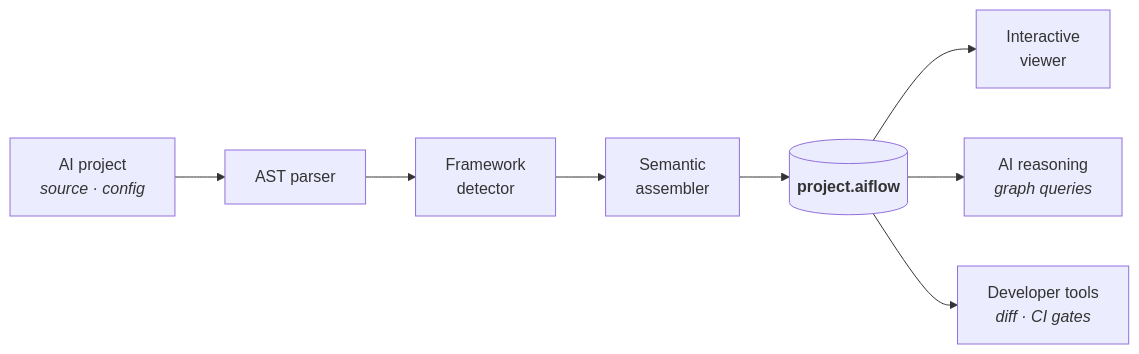
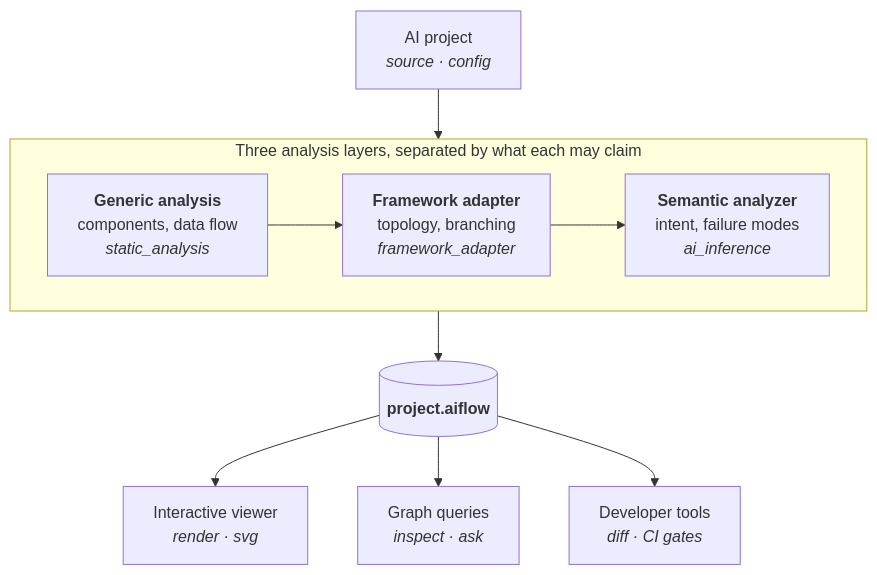
One commit to AyushSinghRana15/AIFLOW changed the second of 2 diagrams in README.md. Above: the diagram before and after it, drawn with Mermaid. The commit also changed other lines of this file and 6 other files, not shown here.

````diff
--- a/README.md
+++ b/README.md
@@ -551,10 +561,16 @@
 ```mermaid
-flowchart LR
-    src["AI project<br/><i>source · config</i>"] --> ast["AST parser"]
-    ast --> det["Framework<br/>detector"]
-    det --> asm["Semantic<br/>assembler"]
-    asm --> doc[("<b>project.aiflow</b>")]
-    doc --> view["Interactive<br/>viewer"]
-    doc --> reason["AI reasoning<br/><i>graph queries</i>"]
-    doc --> tools["Developer tools<br/><i>diff · CI gates</i>"]
+flowchart TB
+    src["AI project<br/><i>source · config</i>"]
+    subgraph layers["Three analysis layers, separated by what each may claim"]
+        direction LR
+        generic["<b>Generic analysis</b><br/>components, data flow<br/><i>static_analysis</i>"]
+        adapter["<b>Framework adapter</b><br/>topology, branching<br/><i>framework_adapter</i>"]
+        semantic["<b>Semantic analyzer</b><br/>intent, failure modes<br/><i>ai_inference</i>"]
+        generic --> adapter --> semantic
+    end
+    src --> layers
+    layers --> doc[("<b>project.aiflow</b>")]
+    doc --> viewer["Interactive viewer<br/><i>render · svg</i>"]
+    doc --> queries["Graph queries<br/><i>inspect · ask</i>"]
+    doc --> devtools["Developer tools<br/><i>diff · CI gates</i>"]
 ```
````
